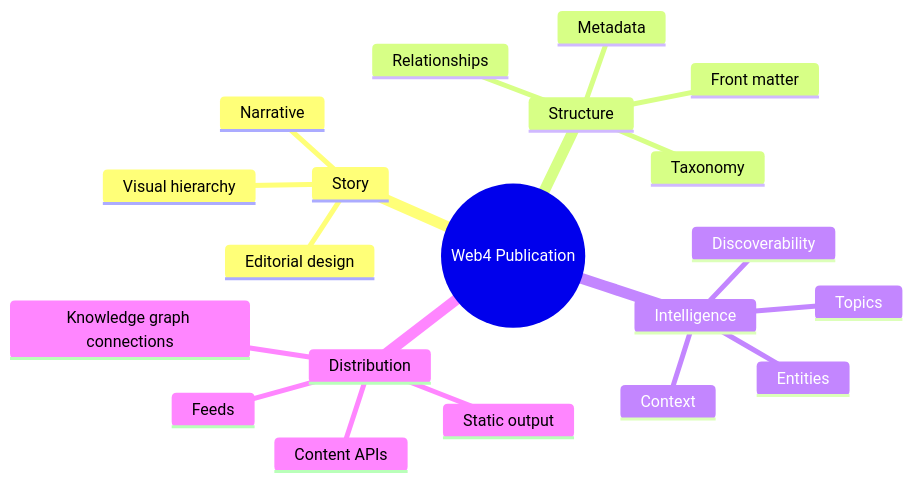
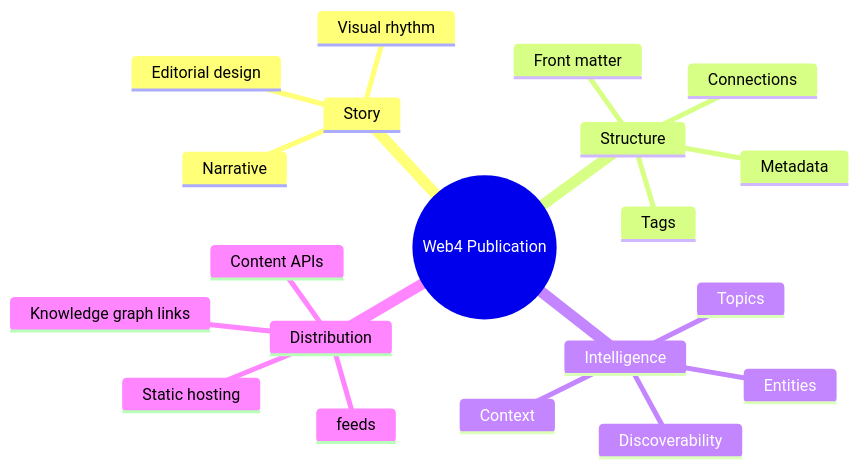
The second of 2 diagrams in index.md (web4hub/web4-publisher), drawn with Mermaid before and after one commit. The commit also changed other lines of this file, not shown here.

````diff
--- a/index.md
+++ b/index.md
@@ -103,23 +104,23 @@
 ```mermaid
 mindmap
   root((Web4 Publication))
     Story
       Narrative
-      Visual hierarchy
       Editorial design
+      Visual rhythm
     Structure
+      Metadata
       Front matter
-      Metadata
-      Relationships
-      Taxonomy
+      Tags
+      Connections
     Intelligence
       Topics
       Entities
       Context
       Discoverability
     Distribution
-      Static output
-      Feeds
+      Static hosting
+      feeds
       Content APIs
-      Knowledge graph connections
+      Knowledge graph links
 ```
````
